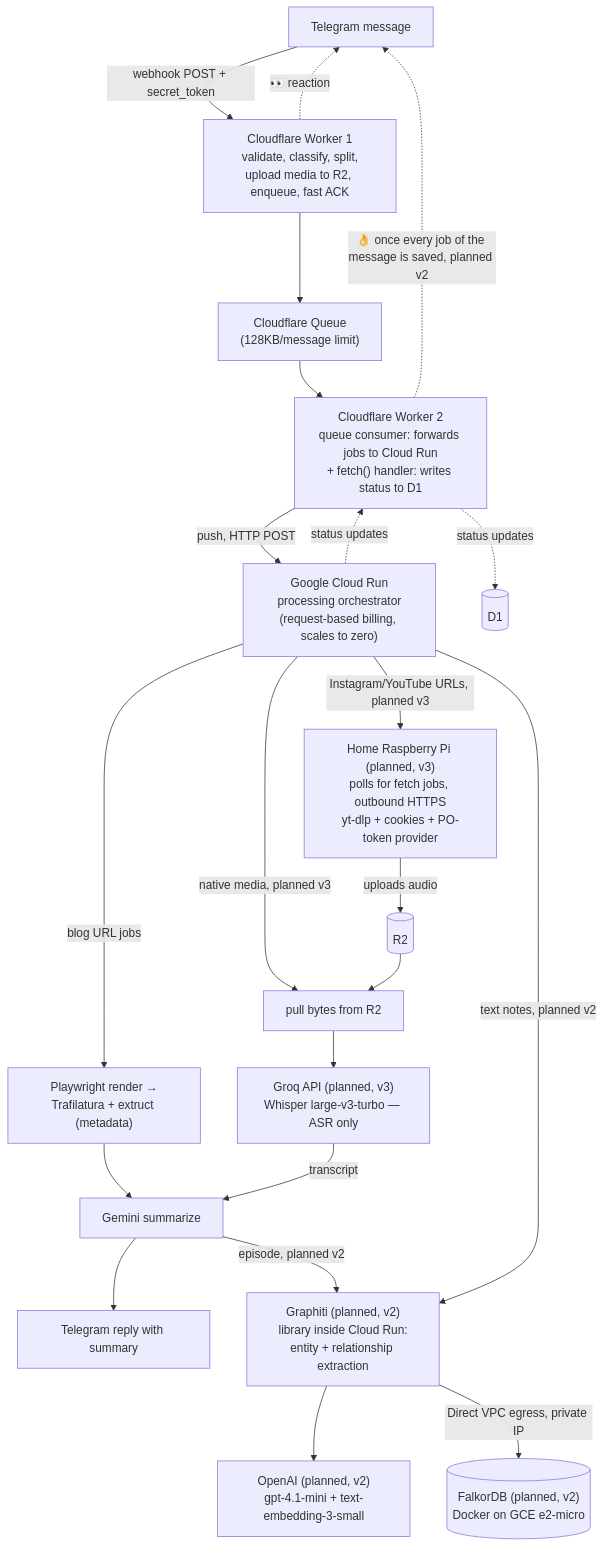
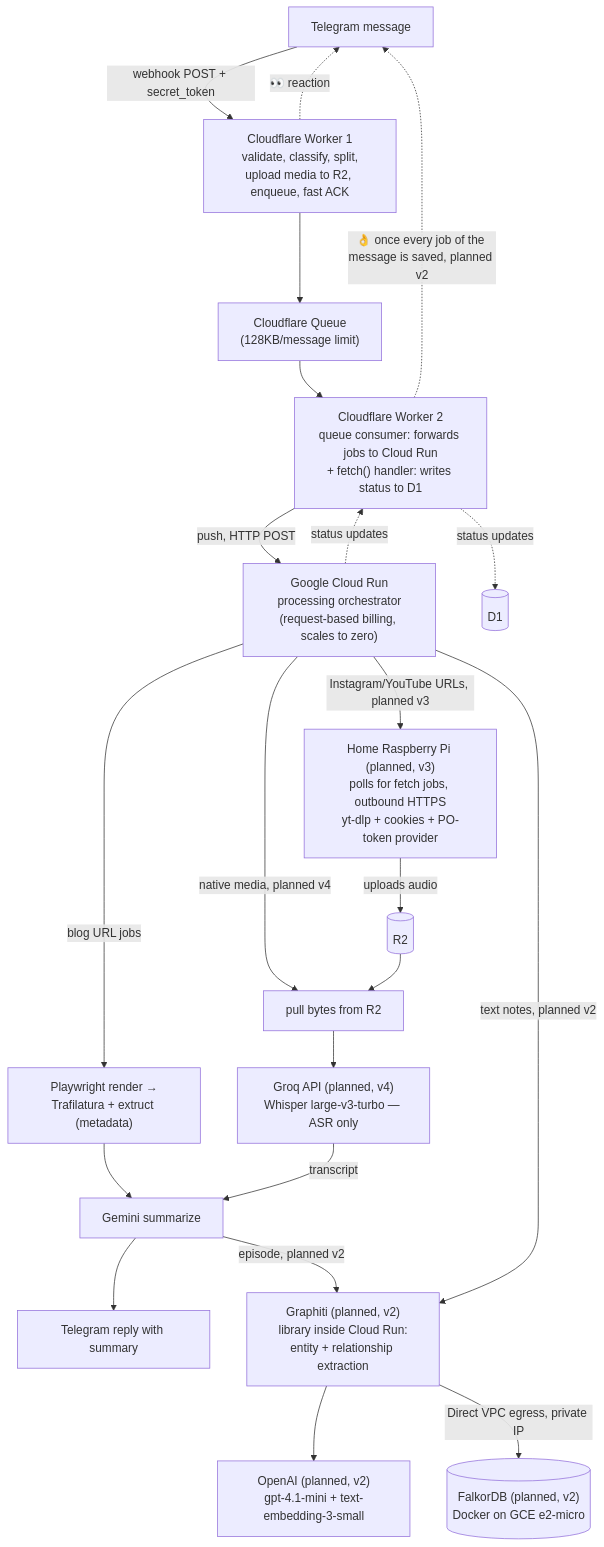
One commit to aayush7511/telegram-knowledge-base changed the diagram in docs/architecture.mmd. Above: the diagram before and after it, drawn with Mermaid. The commit also changed 10 other files, not shown here.

```diff
--- a/docs/architecture.mmd
+++ b/docs/architecture.mmd
@@ -1,26 +1,26 @@
 flowchart TD
     TG[Telegram message] -->|webhook POST + secret_token| W1["Cloudflare Worker 1<br/>validate, classify, split,<br/>upload media to R2, enqueue, fast ACK"]
     W1 -.->|👀 reaction| TG
     W1 --> Q["Cloudflare Queue<br/>(128KB/message limit)"]
     Q --> W2["Cloudflare Worker 2<br/>queue consumer: forwards jobs to Cloud Run<br/>+ fetch() handler: writes status to D1"]
     W2 -->|push, HTTP POST| CR["Google Cloud Run<br/>processing orchestrator<br/>(request-based billing, scales to zero)"]
 
     CR -->|blog URL jobs| BLOG["Playwright render →<br/>Trafilatura + extruct (metadata)"]
     BLOG --> SUM["Gemini summarize"]
     SUM --> REPLY[Telegram reply with summary]
 
-    CR -->|native media, planned v3| MEDIA["pull bytes from R2"]
+    CR -->|native media, planned v4| MEDIA["pull bytes from R2"]
     CR -->|Instagram/YouTube URLs, planned v3| PI["Home Raspberry Pi (planned, v3)<br/>polls for fetch jobs, outbound HTTPS<br/>yt-dlp + cookies + PO-token provider"]
     PI -->|uploads audio| R2[(R2)]
     R2 --> MEDIA
-    MEDIA --> GROQ["Groq API (planned, v3)<br/>Whisper large-v3-turbo — ASR only"]
+    MEDIA --> GROQ["Groq API (planned, v4)<br/>Whisper large-v3-turbo — ASR only"]
     GROQ -->|transcript| SUM
 
     SUM -->|episode, planned v2| GRAPHITI["Graphiti (planned, v2)<br/>library inside Cloud Run:<br/>entity + relationship extraction"]
     CR -->|text notes, planned v2| GRAPHITI
     GRAPHITI --> GLLM["OpenAI (planned, v2)<br/>gpt-4.1-mini + text-embedding-3-small"]
     GRAPHITI -->|Direct VPC egress, private IP| KG[("FalkorDB (planned, v2)<br/>Docker on GCE e2-micro")]
 
     CR -.->|status updates| W2
     W2 -.->|status updates| D1[(D1)]
     W2 -.->|👌 once every job of the message is saved, planned v2| TG
```
